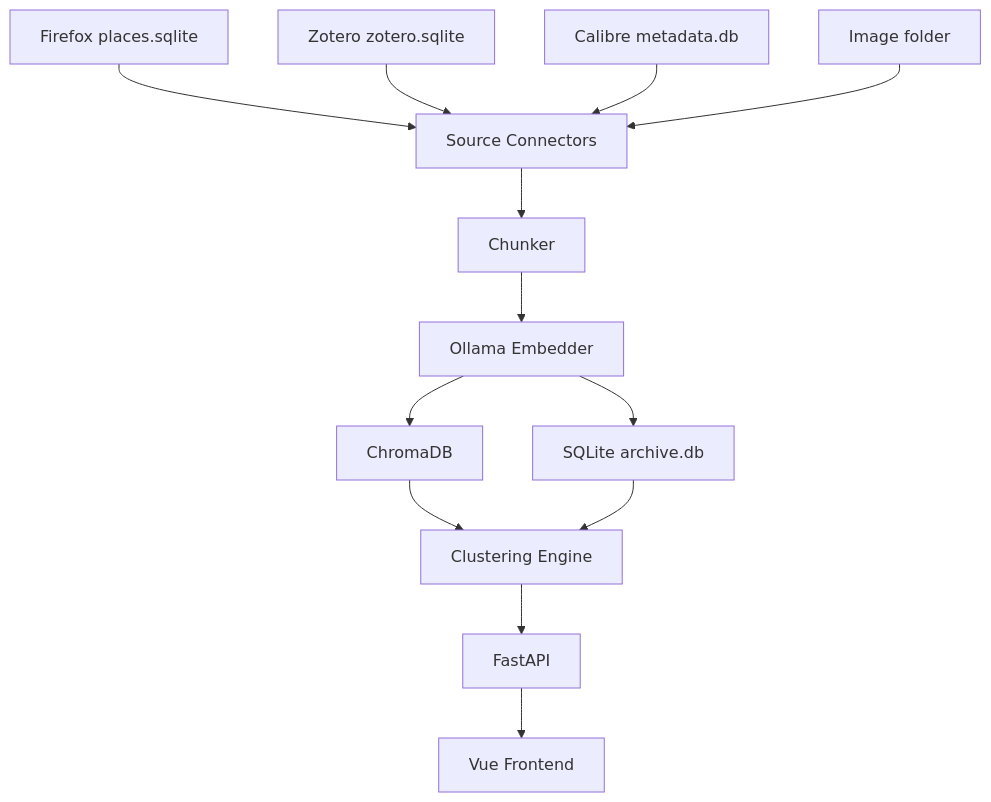
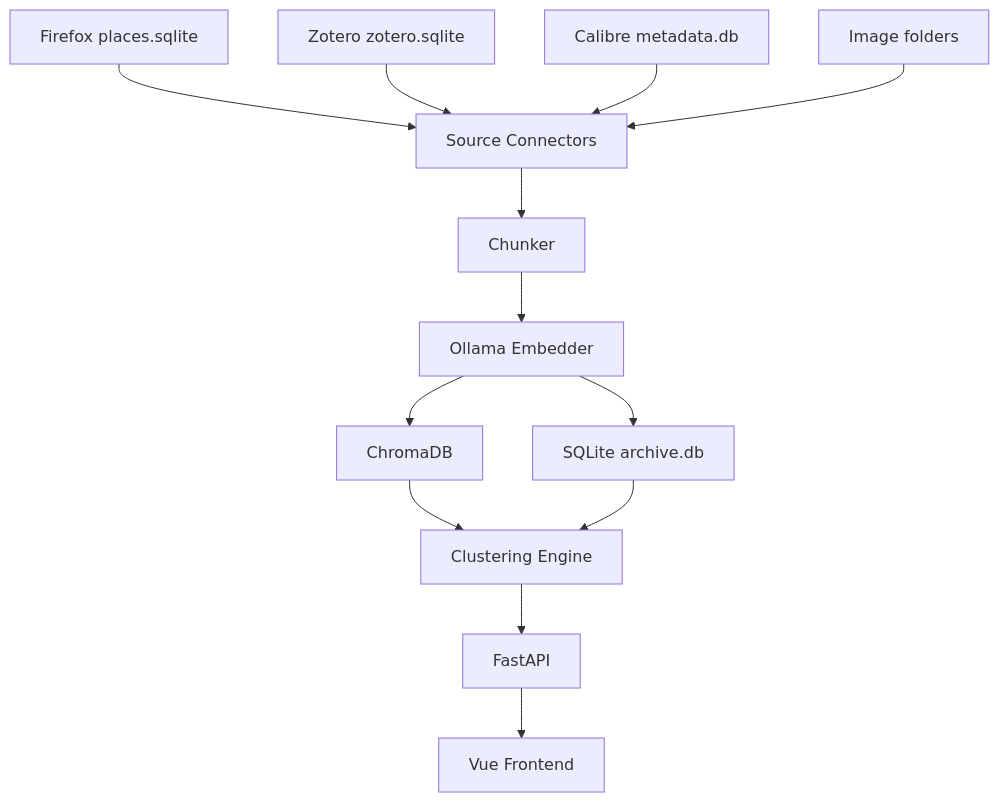
Before and after one commit to aleblanc30/alexandria: the first of 2 diagrams in DESIGN.md, drawn with Mermaid. The commit also changed 15 other files, not shown here.

First line of the commit message:
Support multiple image folders as image sources

````diff
--- a/DESIGN.md
+++ b/DESIGN.md
@@ -13,15 +13,15 @@
 ```mermaid
 graph TD
     A[Firefox places.sqlite] --> D[Source Connectors]
     B[Zotero zotero.sqlite]  --> D
     C[Calibre metadata.db]   --> D
-    I[Image folder]          --> D
+    I[Image folders]         --> D
     D --> E[Chunker]
     E --> F[Ollama Embedder]
     F --> G[ChromaDB]
     F --> H[SQLite archive.db]
     G --> J[Clustering Engine]
     H --> J
     J --> K[FastAPI]
     K --> L[Vue Frontend]
 ```
````
